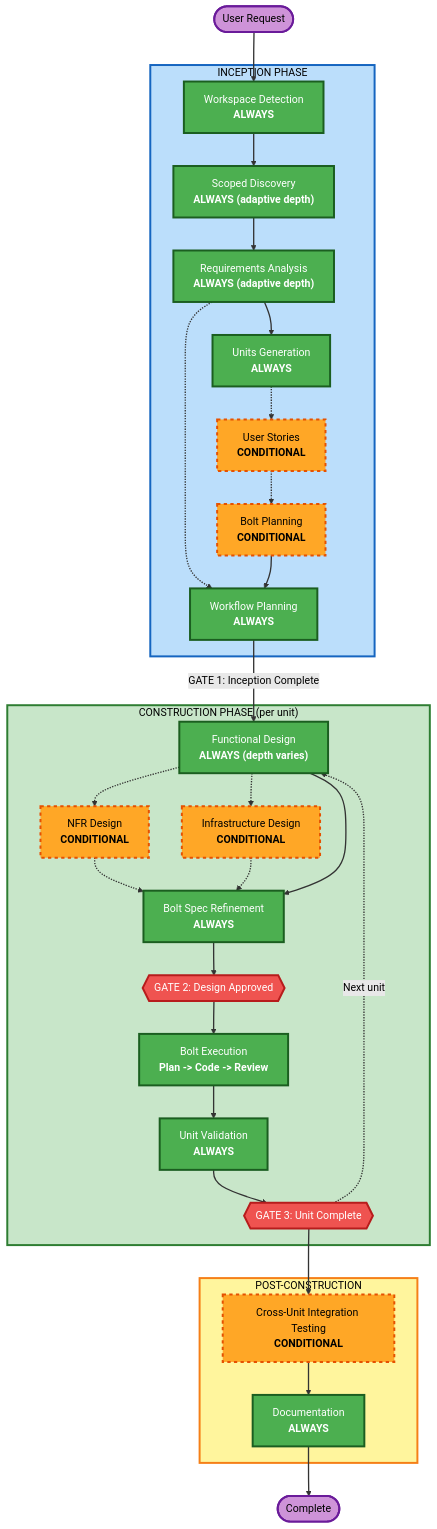
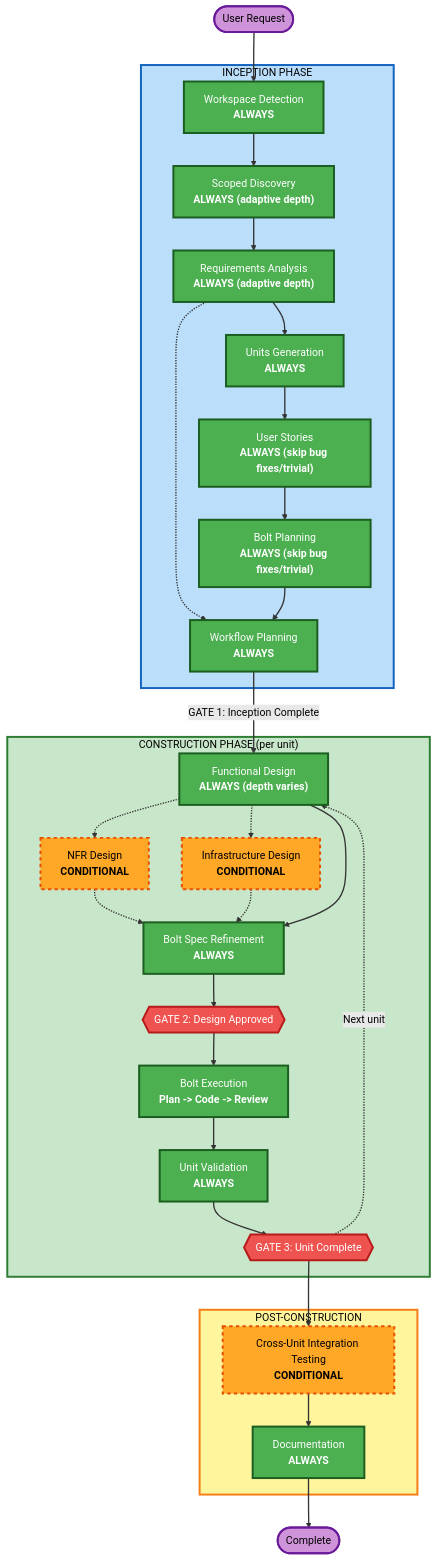
Before and after one commit to mikev10/olympus: the diagram in resources/rules/common/process-overview.md, drawn with Mermaid (forest theme). The commit also changed other lines of this file and 3 other files, not shown here.

Commit message:
refactor: update process overview and core workflow to enforce user stories and bolt planning as mandatory stages

```diff
--- a/resources/rules/common/process-overview.md
+++ b/resources/rules/common/process-overview.md
@@ -23,8 +23,8 @@
         SD["Scoped Discovery<br/><b>ALWAYS (adaptive depth)</b>"]
         RA["Requirements Analysis<br/><b>ALWAYS (adaptive depth)</b>"]
         UG["Units Generation<br/><b>ALWAYS</b>"]
-        US["User Stories<br/><b>CONDITIONAL</b>"]
-        BP["Bolt Planning<br/><b>CONDITIONAL</b>"]
+        US["User Stories<br/><b>ALWAYS (skip bug fixes/trivial)</b>"]
+        BP["Bolt Planning<br/><b>ALWAYS (skip bug fixes/trivial)</b>"]
         WP["Workflow Planning<br/><b>ALWAYS</b>"]
     end
 
@@ -49,8 +49,8 @@
     SD --> RA
     RA --> UG
     RA -.-> WP
-    UG -.-> US
-    US -.-> BP
+    UG --> US
+    US --> BP
     BP --> WP
 
     WP -->|"GATE 1: Inception Complete"| FD
@@ -80,8 +80,8 @@
     style DOC fill:#4CAF50,stroke:#1B5E20,stroke-width:3px,color:#fff
 
     style UG fill:#4CAF50,stroke:#1B5E20,stroke-width:3px,color:#fff
-    style US fill:#FFA726,stroke:#E65100,stroke-width:3px,stroke-dasharray: 5 5,color:#000
-    style BP fill:#FFA726,stroke:#E65100,stroke-width:3px,stroke-dasharray: 5 5,color:#000
+    style US fill:#4CAF50,stroke:#1B5E20,stroke-width:3px,color:#fff
+    style BP fill:#4CAF50,stroke:#1B5E20,stroke-width:3px,color:#fff
     style NFR fill:#FFA726,stroke:#E65100,stroke-width:3px,stroke-dasharray: 5 5,color:#000
     style INFRA fill:#FFA726,stroke:#E65100,stroke-width:3px,stroke-dasharray: 5 5,color:#000
     style INT fill:#FFA726,stroke:#E65100,stroke-width:3px,stroke-dasharray: 5 5,color:#000
```
